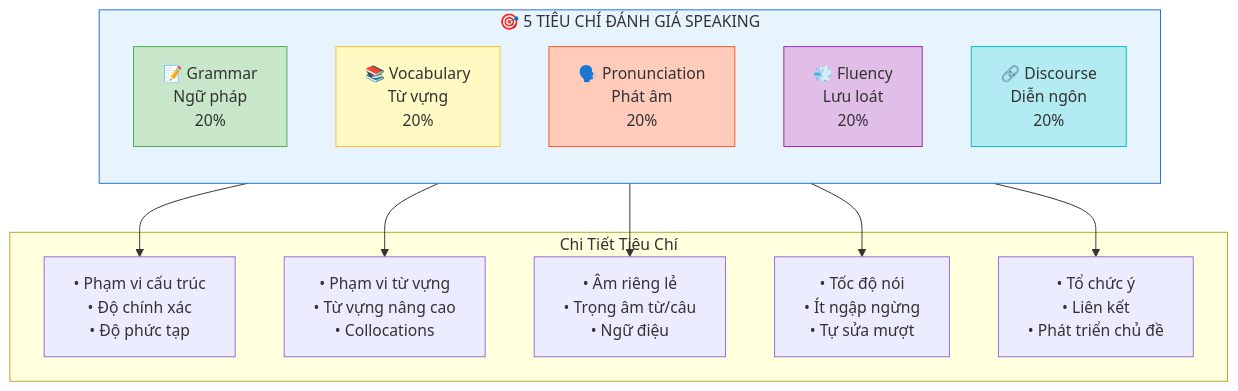
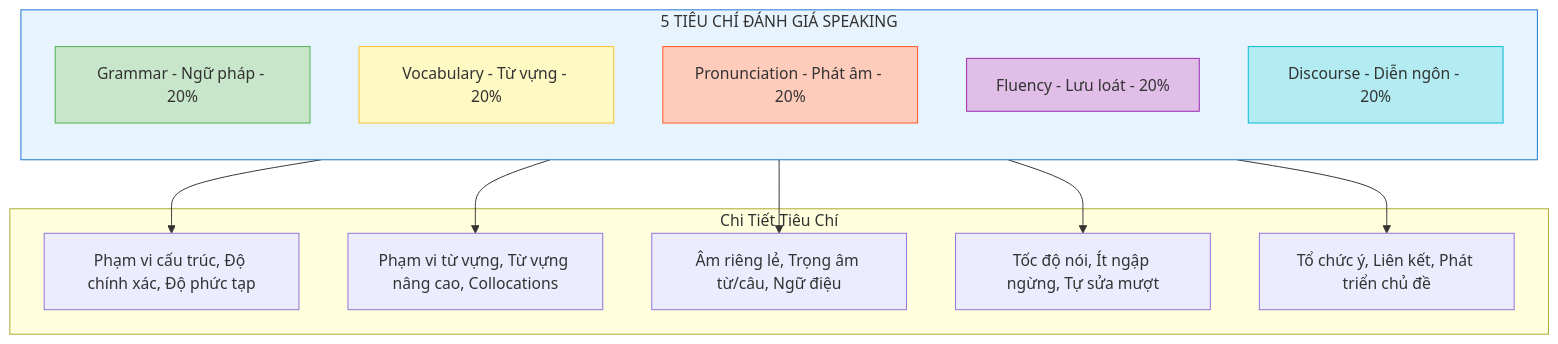
The first of 2 diagrams in docs/05-speaking/format.md (nghyane/VSTEP), drawn with Mermaid before and after one commit. The commit also changed other lines of this file and 3 other files, not shown here.

First line of the commit message:
Fix docs: chuẩn hóa format theo nguồn chính thức, sửa diagram

````diff
--- a/docs/05-speaking/format.md
+++ b/docs/05-speaking/format.md
@@ -9,33 +9,29 @@
 ```mermaid
 flowchart TB
-    subgraph Criteria["🎯 5 TIÊU CHÍ ĐÁNH GIÁ SPEAKING"]
+    subgraph Criteria["5 TIÊU CHÍ ĐÁNH GIÁ SPEAKING"]
         direction TB
-        
-        G["📝 Grammar<br/>Ngữ pháp<br/>20%"]
-        V["📚 Vocabulary<br/>Từ vựng<br/>20%"]
-        P["🗣️ Pronunciation<br/>Phát âm<br/>20%"]
-        F["💨 Fluency<br/>Lưu loát<br/>20%"]
-        D["🔗 Discourse<br/>Diễn ngôn<br/>20%"]
+        G["Grammar - Ngữ pháp - 20%"]
+        V["Vocabulary - Từ vựng - 20%"]
+        P["Pronunciation - Phát âm - 20%"]
+        F["Fluency - Lưu loát - 20%"]
+        D["Discourse - Diễn ngôn - 20%"]
     end
-    
     subgraph Details["Chi Tiết Tiêu Chí"]
-        G1["• Phạm vi cấu trúc<br/>• Độ chính xác<br/>• Độ phức tạp"]
-        V1["• Phạm vi từ vựng<br/>• Từ vựng nâng cao<br/>• Collocations"]
-        P1["• Âm riêng lẻ<br/>• Trọng âm từ/câu<br/>• Ngữ điệu"]
-        F1["• Tốc độ nói<br/>• Ít ngập ngừng<br/>• Tự sửa mượt"]
-        D1["• Tổ chức ý<br/>• Liên kết<br/>• Phát triển chủ đề"]
+        G1["Phạm vi cấu trúc, Độ chính xác, Độ phức tạp"]
+        V1["Phạm vi từ vựng, Từ vựng nâng cao, Collocations"]
+        P1["Âm riêng lẻ, Trọng âm từ/câu, Ngữ điệu"]
+        F1["Tốc độ nói, Ít ngập ngừng, Tự sửa mượt"]
+        D1["Tổ chức ý, Liên kết, Phát triển chủ đề"]
     end
-    
     G --> G1
     V --> V1
     P --> P1
     F --> F1
     D --> D1
-    
     style Criteria fill:#e8f4fd,stroke:#1976d2
     style G fill:#c8e6c9,stroke:#4caf50
     style V fill:#fff9c4,stroke:#fbc02d
     style P fill:#ffccbc,stroke:#ff5722
     style F fill:#e1bee7,stroke:#9c27b0
     style D fill:#b2ebf2,stroke:#00bcd4
 ```
````
